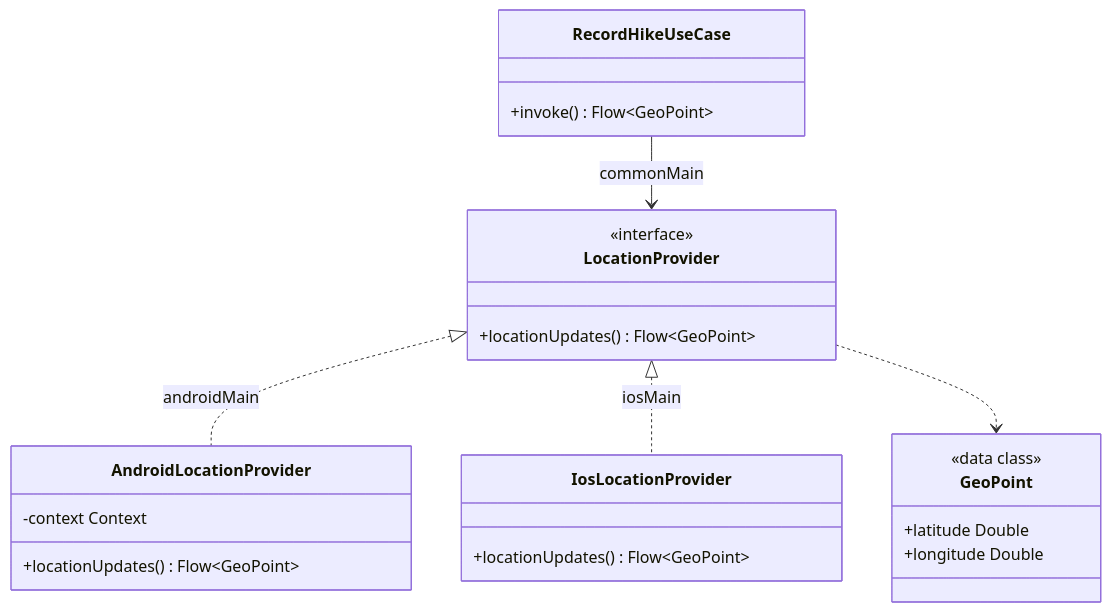
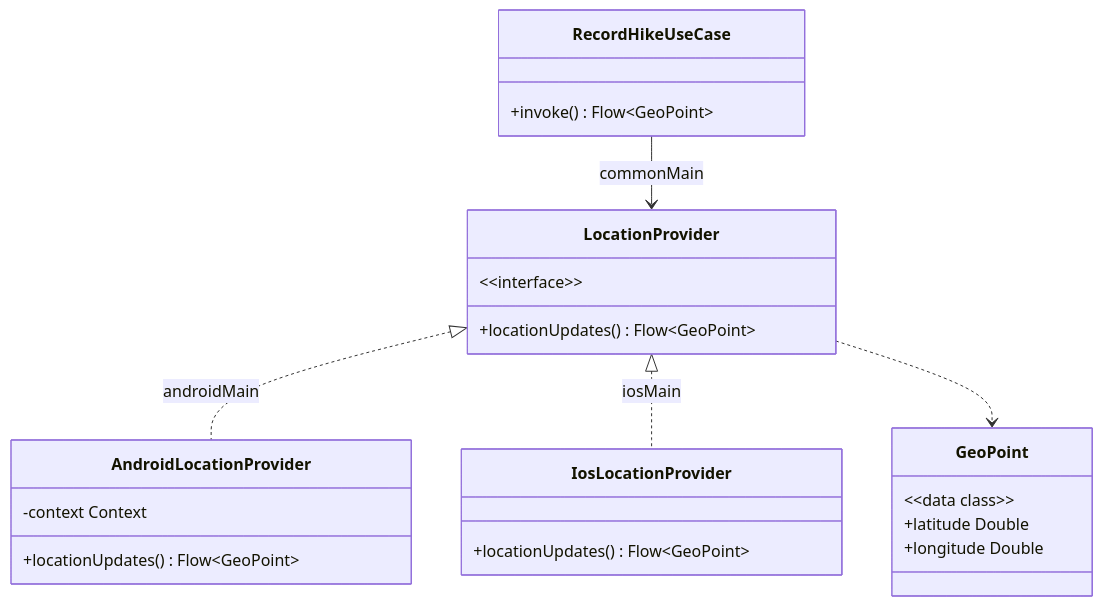
One commit to albertoirurueta/docs changed the second of 2 diagrams in modules/ROOT/pages/apps/kotlin-multiplatform/expect-actual-and-platform-apis.adoc. Above: the diagram before and after it, drawn with Mermaid. The commit also changed 10 other files, not shown here.

First line of the commit message:
Fix Mermaid diagrams broken by HTML-parsed stereotypes

```diff
--- a/modules/ROOT/pages/apps/kotlin-multiplatform/expect-actual-and-platform-apis.adoc
+++ b/modules/ROOT/pages/apps/kotlin-multiplatform/expect-actual-and-platform-apis.adoc
@@ -514,27 +514,27 @@
 [mermaid]
 ....
 classDiagram
     class LocationProvider {
-        <<interface>>
+        &lt;&lt;interface&gt;&gt;
         +locationUpdates() Flow~GeoPoint~
     }
     class GeoPoint {
-        <<data class>>
+        &lt;&lt;data class&gt;&gt;
         +latitude Double
         +longitude Double
     }
     class AndroidLocationProvider {
         -context Context
         +locationUpdates() Flow~GeoPoint~
     }
     class IosLocationProvider {
         +locationUpdates() Flow~GeoPoint~
     }
     class RecordHikeUseCase {
         +invoke() Flow~GeoPoint~
     }
     LocationProvider <|.. AndroidLocationProvider : androidMain
     LocationProvider <|.. IosLocationProvider : iosMain
     LocationProvider ..> GeoPoint
     RecordHikeUseCase --> LocationProvider : commonMain
 ....
```
